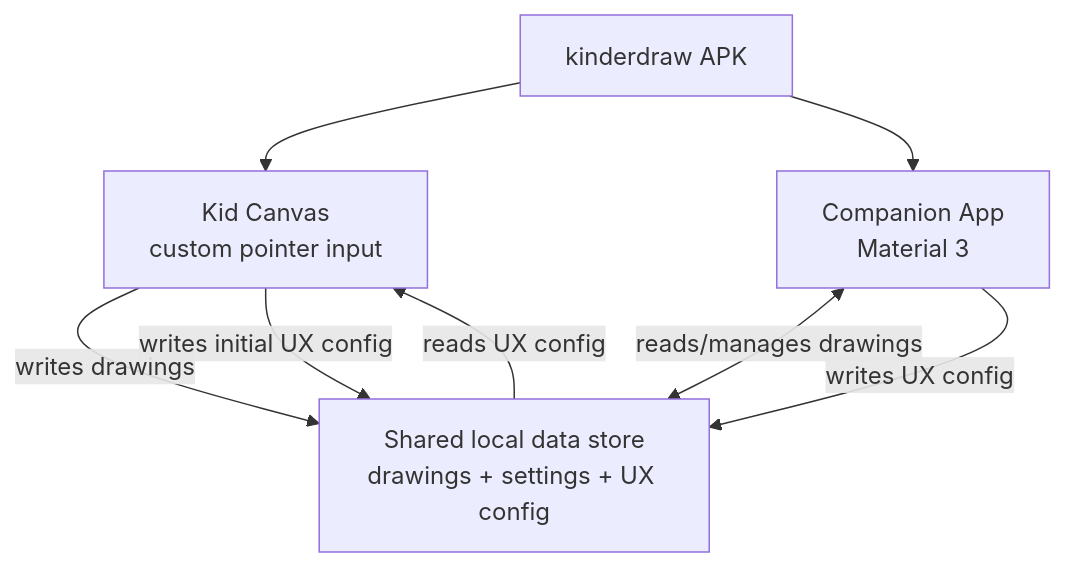
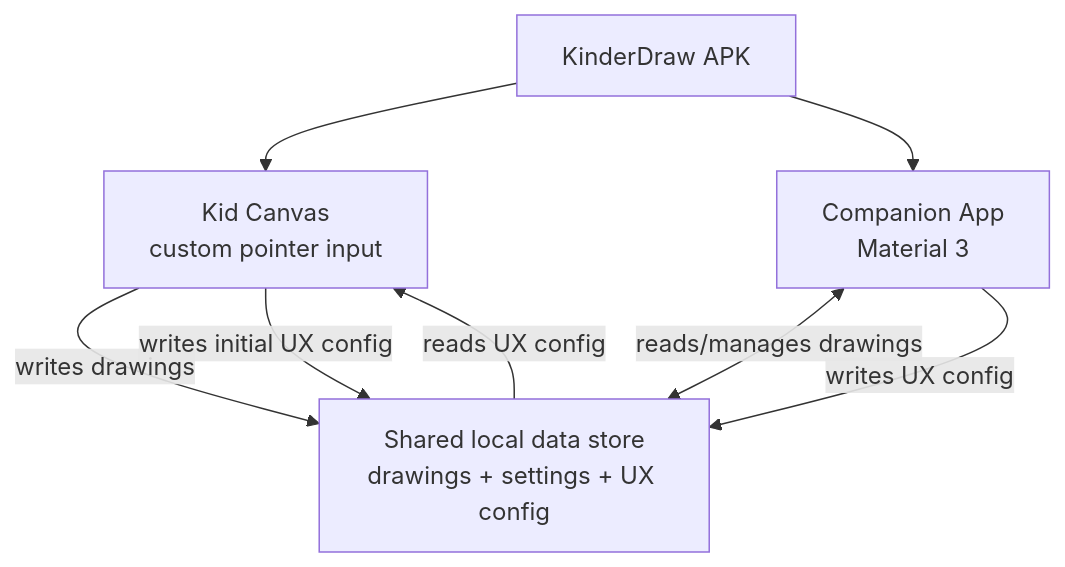
Before and after one commit to clahey/kinderdraw: the diagram in docs/high-level-design.md, drawn with Mermaid. The commit also changed other lines of this file and 36 other files, not shown here.

````diff
--- a/docs/high-level-design.md
+++ b/docs/high-level-design.md
@@ -55,15 +55,15 @@
 ```mermaid
 graph TD
-    App[kinderdraw APK]
+    App[KinderDraw APK]
     Canvas[Kid Canvas<br/>custom pointer input]
     Companion[Companion App<br/>Material 3]
     Store[Shared local data store<br/>drawings + settings + UX config]
 
     App --> Canvas
     App --> Companion
     Canvas -- writes drawings --> Store
     Companion <-- reads/manages drawings --> Store
     Companion -- writes UX config --> Store
     Canvas -- writes initial UX config --> Store
     Store -- reads UX config --> Canvas
 ```
````
